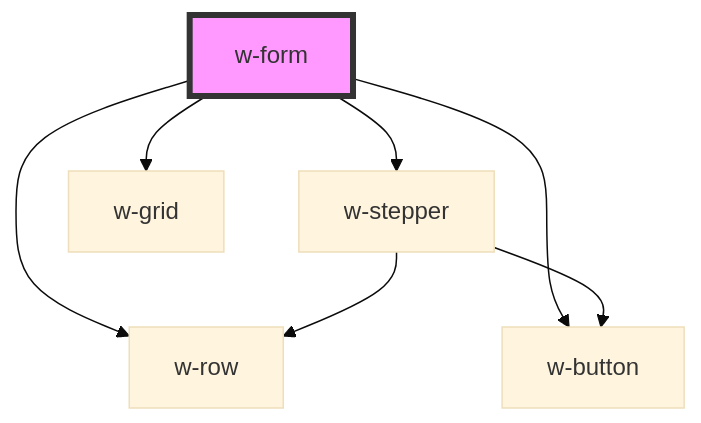
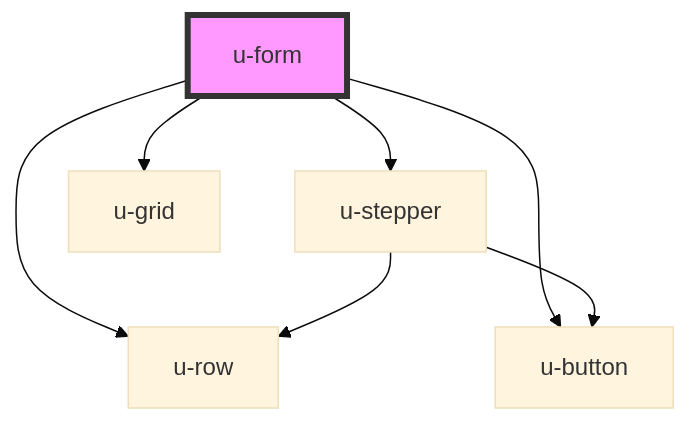
The diagram in src/components/u-form/readme.md (theUrbans/uniform), drawn with Mermaid (base theme) before and after one commit. The commit also changed other lines of this file and 13 other files, not shown here.

````diff
--- a/src/components/u-form/readme.md
+++ b/src/components/u-form/readme.md
@@ -35,10 +35,10 @@
 ```mermaid
 graph TD;
-  w-form --> w-stepper
-  w-form --> w-grid
-  w-form --> w-row
-  w-form --> w-button
-  w-stepper --> w-row
-  w-stepper --> w-button
-  style w-form fill:#f9f,stroke:#333,stroke-width:4px
+  u-form --> u-stepper
+  u-form --> u-grid
+  u-form --> u-row
+  u-form --> u-button
+  u-stepper --> u-row
+  u-stepper --> u-button
+  style u-form fill:#f9f,stroke:#333,stroke-width:4px
 ```
````
